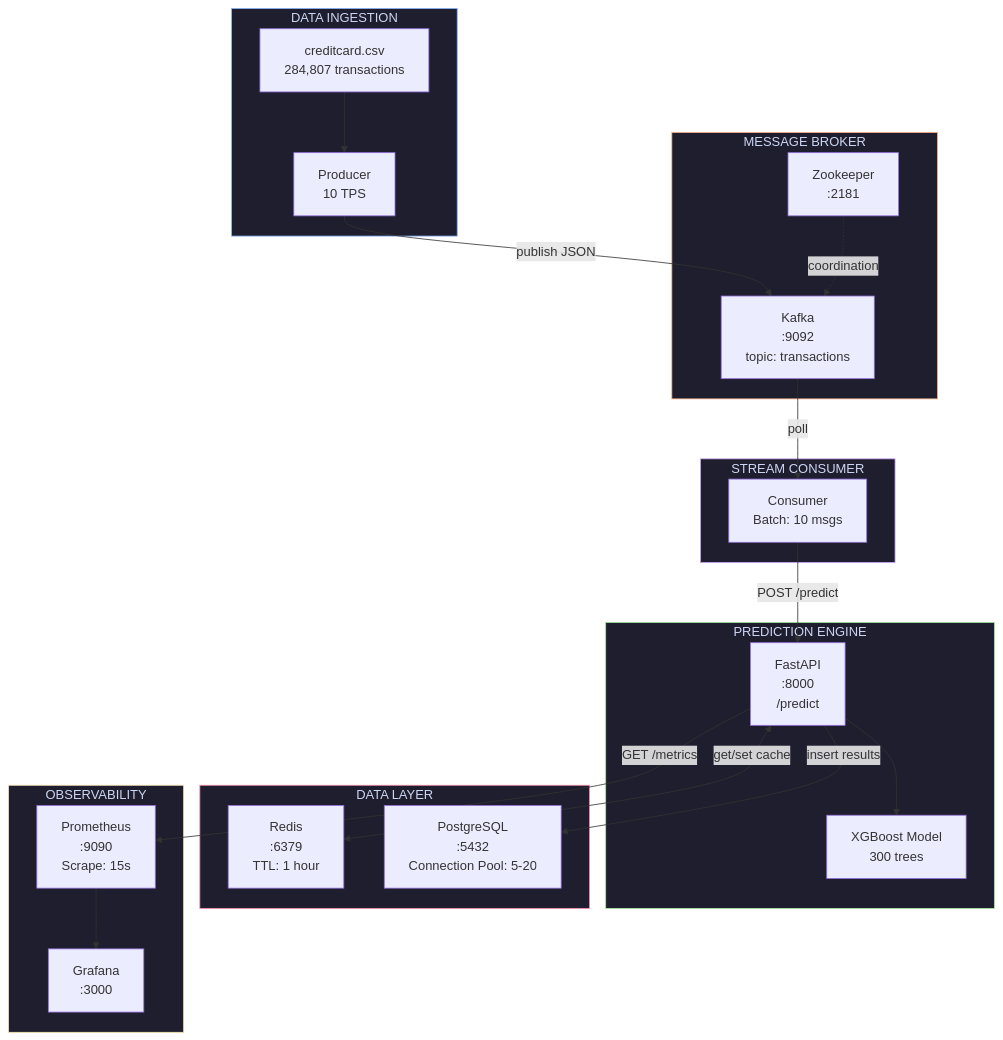
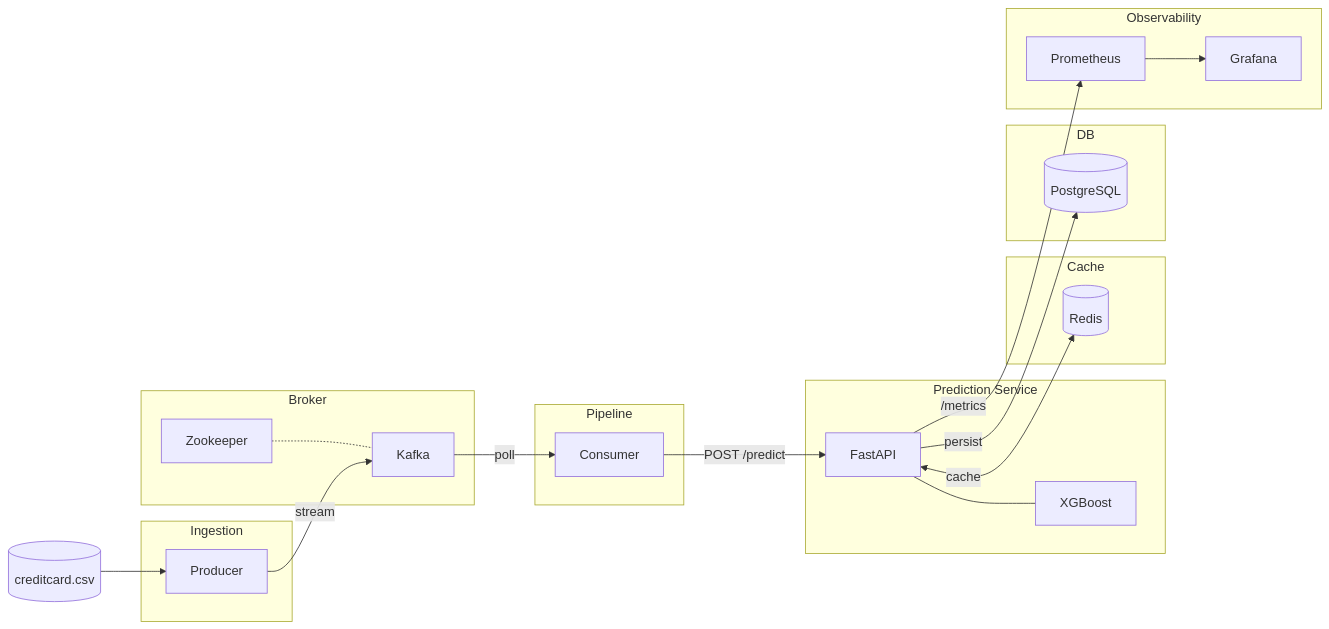
One commit to PYB05/feature-store changed the diagram in README.md. Above: the diagram before and after it, drawn with Mermaid. The commit also changed other lines of this file, not shown here.

Commit message:
Simplify to single architecture diagram

````diff
--- a/README.md
+++ b/README.md
@@ -21,49 +19,41 @@
 ```mermaid
-flowchart TB
-    subgraph Data["DATA INGESTION"]
-        CSV["creditcard.csv\n284,807 transactions"]
-        Producer["Producer\n10 TPS"]
+flowchart LR
+    CSV[("creditcard.csv")] --> Producer
+
+    subgraph Ingestion
+        Producer["Producer"]
     end
 
-    subgraph Streaming["MESSAGE BROKER"]
-        ZK["Zookeeper\n:2181"]
-        Kafka["Kafka\n:9092\ntopic: transactions"]
+    subgraph Broker
+        ZK["Zookeeper"] -.- Kafka["Kafka"]
     end
 
-    subgraph Processing["PREDICTION ENGINE"]
-        API["FastAPI\n:8000\n/predict"]
-        Model["XGBoost Model\n300 trees"]
+    subgraph Pipeline
+        Consumer["Consumer"]
     end
 
-    subgraph Storage["DATA LAYER"]
-        Redis["Redis\n:6379\nTTL: 1 hour"]
-        PG["PostgreSQL\n:5432\nConnection Pool: 5-20"]
+    subgraph Inference["Prediction Service"]
+        API["FastAPI"]
+        Model["XGBoost"]
+        API --- Model
     end
 
-    subgraph Consumption["STREAM CONSUMER"]
-        Consumer["Consumer\nBatch: 10 msgs"]
+    subgraph Cache
+        Redis[("Redis")]
     end
 
-    subgraph Monitoring["OBSERVABILITY"]
-        Prom["Prometheus\n:9090\nScrape: 15s"]
-        Graf["Grafana\n:3000"]
+    subgraph DB
+        PG[("PostgreSQL")]
     end
 
-    CSV --> Producer
-    Producer -->|"publish JSON"| Kafka
-    ZK -.->|"coordination"| Kafka
+    subgraph Observability
+        Prometheus --> Grafana
+    end
+
+    Producer -->|"stream"| Kafka
     Kafka -->|"poll"| Consumer
     Consumer -->|"POST /predict"| API
-    API --> Model
-    API <-->|"get/set cache"| Redis
-    API -->|"insert results"| PG
-    API -->|"GET /metrics"| Prom
-    Prom --> Graf
-
-    style Data fill:#1e1e2e,stroke:#89b4fa,color:#cdd6f4
-    style Streaming fill:#1e1e2e,stroke:#fab387,color:#cdd6f4
-    style Processing fill:#1e1e2e,stroke:#a6e3a1,color:#cdd6f4
-    style Storage fill:#1e1e2e,stroke:#f38ba8,color:#cdd6f4
-    style Consumption fill:#1e1e2e,stroke:#cba6f7,color:#cdd6f4
-    style Monitoring fill:#1e1e2e,stroke:#f9e2af,color:#cdd6f4
+    API <-->|"cache"| Redis
+    API -->|"persist"| PG
+    API -->|"/metrics"| Prometheus
 ```
````
